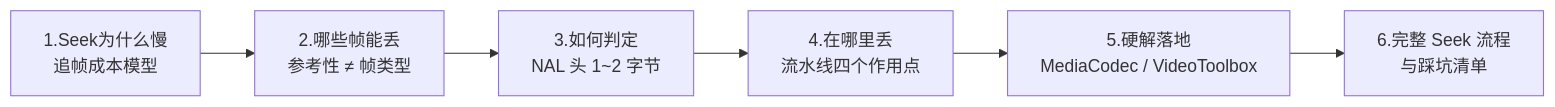
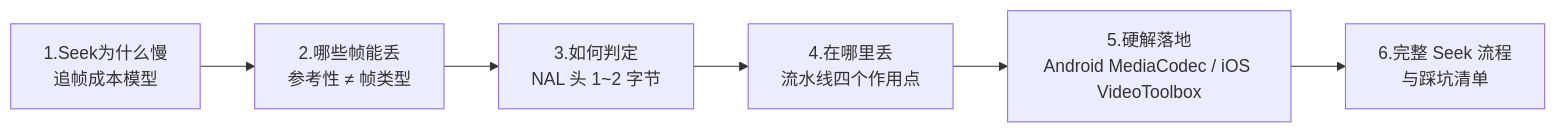
Before and after one commit to ltlovezh/FFmpeg: the first of 6 diagrams in articles/seek-nonref-frame-dropping.md, drawn with Mermaid. The commit also changed other lines of this file and 1 other file, not shown here.

````diff
--- a/articles/seek-nonref-frame-dropping.md
+++ b/articles/seek-nonref-frame-dropping.md
@@ -30,8 +30,8 @@
 ```mermaid
 flowchart LR
     A["1.Seek为什么慢<br/>追帧成本模型"] --> B["2.哪些帧能丢<br/>参考性 ≠ 帧类型"]
     B --> C["3.如何判定<br/>NAL 头 1~2 字节"]
     C --> D["4.在哪里丢<br/>流水线四个作用点"]
-    D --> E["5.硬解落地<br/>MediaCodec / VideoToolbox"]
+    D --> E["5.硬解落地<br/>Android MediaCodec / iOS VideoToolbox"]
     E --> F["6.完整 Seek 流程<br/>与踩坑清单"]
 ```
````
